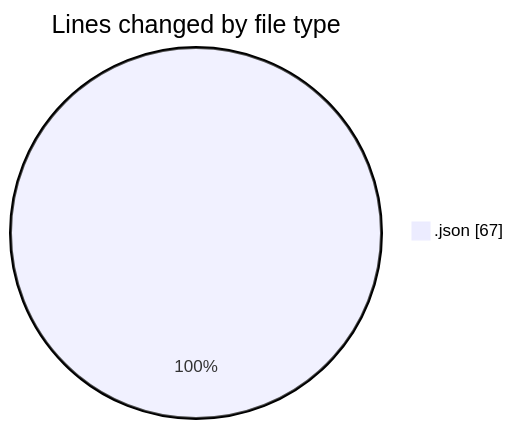
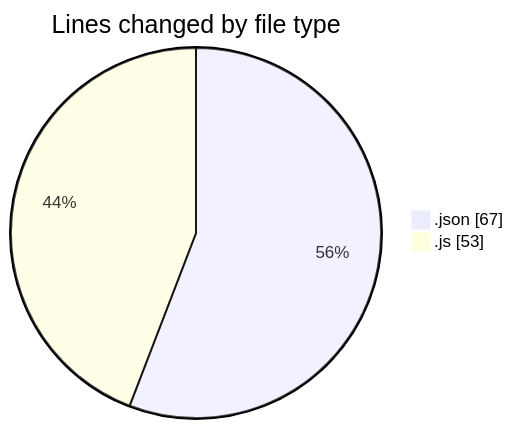
One commit to yexinjia/code-tracking changed the first of 2 diagrams in 2026-07-31/mono-test/README.md. Above: the diagram before and after it, drawn with Mermaid. The commit also changed other lines of this file and 1 other file, not shown here.

````diff
--- a/2026-07-31/mono-test/README.md
+++ b/2026-07-31/mono-test/README.md
@@ -20,5 +21,6 @@
 ```mermaid
 pie showData
 title Lines changed by file type
 ".json" : 67
+".js" : 53
 ```
````
